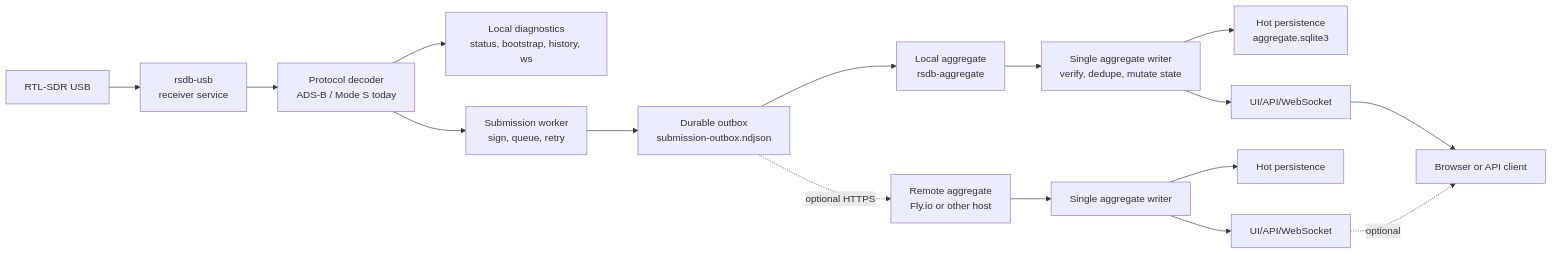
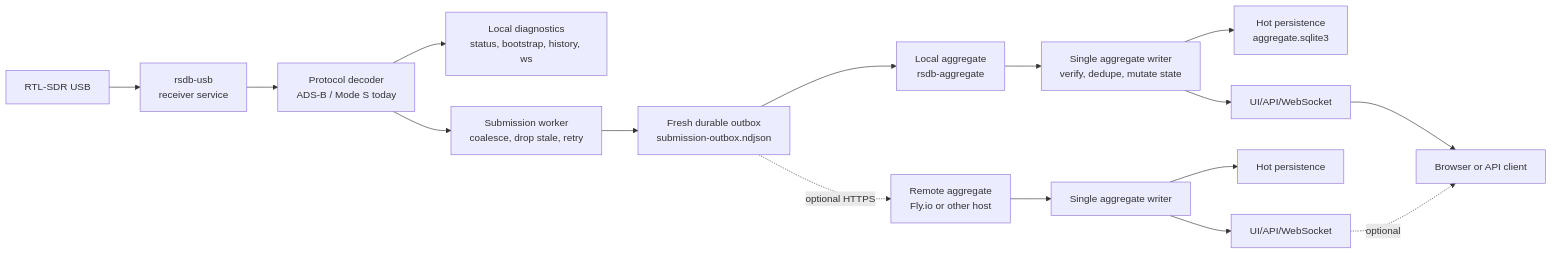
The first of 2 diagrams in docs/ARCHITECTURE.md (abhay/rsdb), drawn with Mermaid before and after one commit. The commit also changed other lines of this file and 12 other files, not shown here.

````diff
--- a/docs/ARCHITECTURE.md
+++ b/docs/ARCHITECTURE.md
@@ -16,18 +16,18 @@
 ```mermaid
 flowchart LR
   USB[RTL-SDR USB] --> Receiver[rsdb-usb<br/>receiver service]
   Receiver --> Decode[Protocol decoder<br/>ADS-B / Mode S today]
   Decode --> LocalAPI[Local diagnostics<br/>status, bootstrap, history, ws]
-  Decode --> Submit[Submission worker<br/>sign, queue, retry]
-  Submit --> Outbox[Durable outbox<br/>submission-outbox.ndjson]
+  Decode --> Submit[Submission worker<br/>coalesce, drop stale, retry]
+  Submit --> Outbox[Fresh durable outbox<br/>submission-outbox.ndjson]
   Outbox --> LocalAgg[Local aggregate<br/>rsdb-aggregate]
   Outbox -. optional HTTPS .-> RemoteAgg[Remote aggregate<br/>Fly.io or other host]
   LocalAgg --> Writer[Single aggregate writer<br/>verify, dedupe, mutate state]
   RemoteAgg --> RemoteWriter[Single aggregate writer]
   Writer --> HotStore[Hot persistence<br/>aggregate.sqlite3]
   RemoteWriter --> RemoteHotStore[Hot persistence]
   Writer --> PublicAPI[UI/API/WebSocket]
   RemoteWriter --> RemoteAPI[UI/API/WebSocket]
   PublicAPI --> Browser[Browser or API client]
   RemoteAPI -. optional .-> Browser
 ```
````
